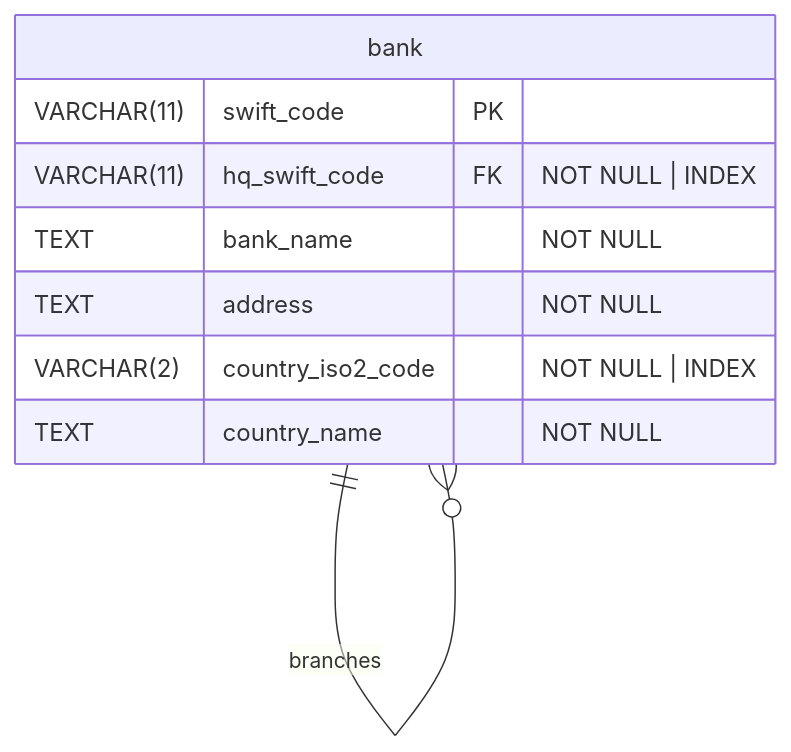
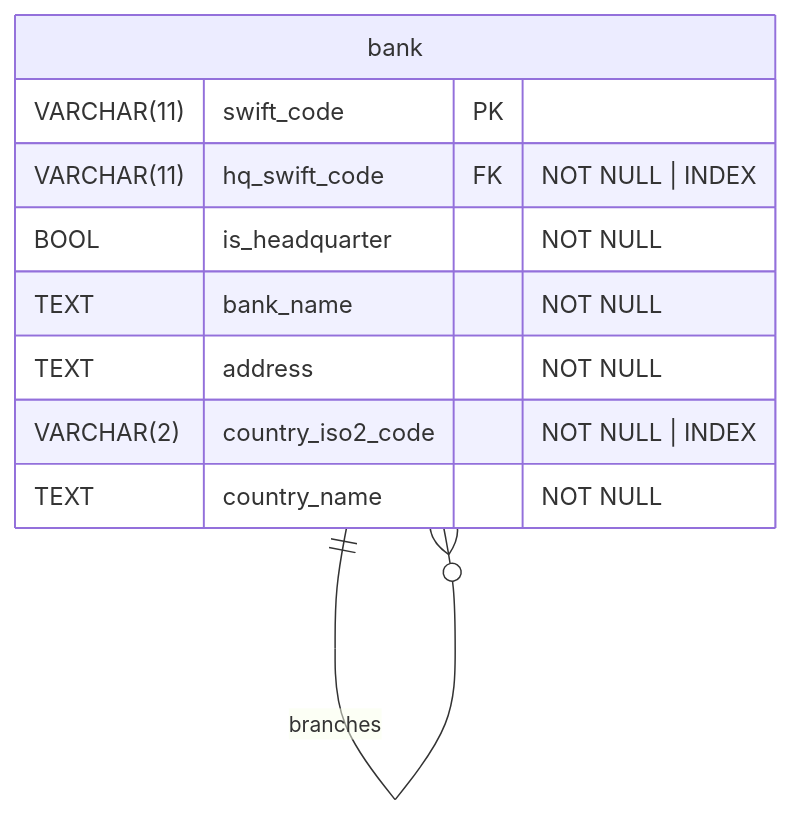
The diagram in README.md (mwojtyna/swift-api), drawn with Mermaid before and after one commit. The commit also changed 7 other files, not shown here.

Commit message:
refactor: add is_headquarter to db schema

````diff
--- a/README.md
+++ b/README.md
@@ -7,12 +7,13 @@
 ```mermaid
 erDiagram
     bank {
         VARCHAR(11) swift_code PK
         VARCHAR(11) hq_swift_code FK "NOT NULL | INDEX"
+        BOOL is_headquarter "NOT NULL"
         TEXT bank_name "NOT NULL"
         TEXT address  "NOT NULL"
         VARCHAR(2) country_iso2_code "NOT NULL | INDEX"
         TEXT country_name "NOT NULL"
     }
     bank 1--0+ bank: "branches"
 ```
````
